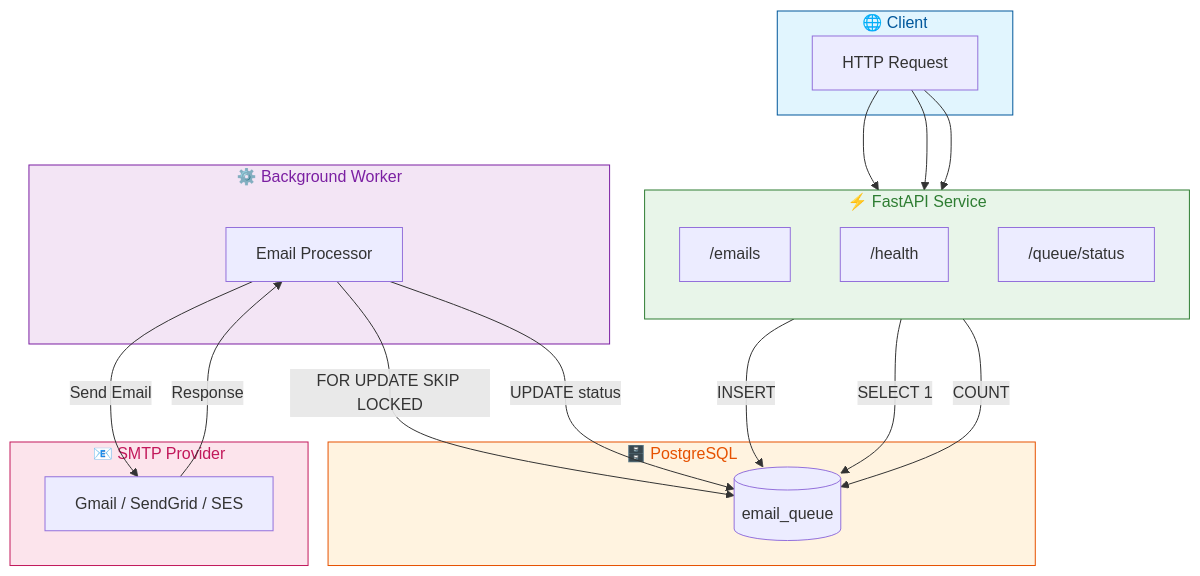
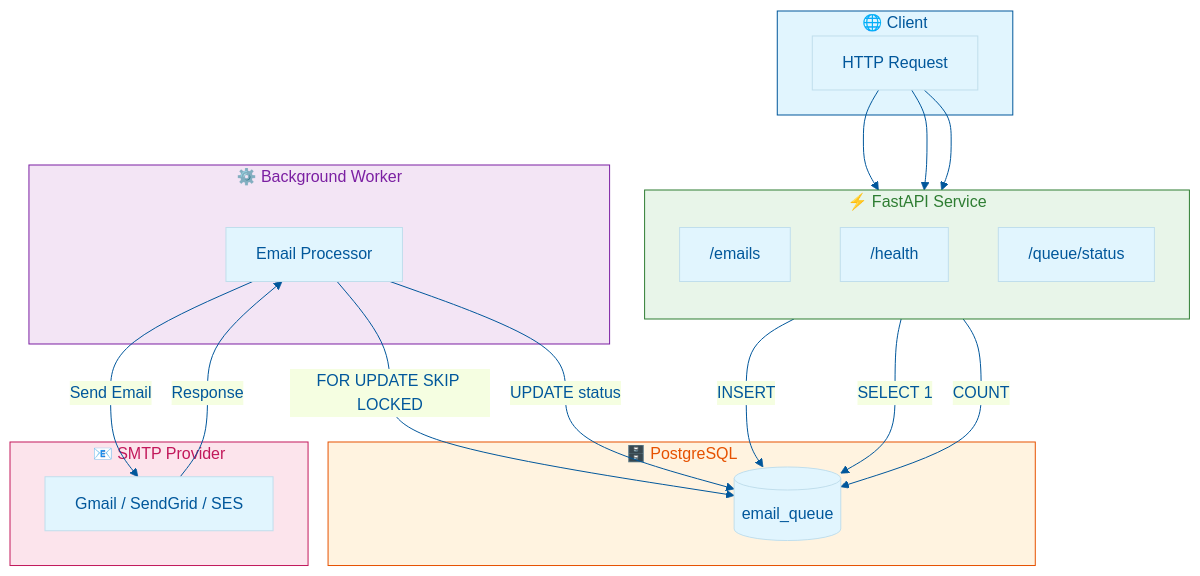
One commit to javierjortiz82/email-service changed the first of 7 diagrams in README.md. Above: the diagram before and after it, drawn with Mermaid. The commit also changed other lines of this file, not shown here.

First line of the commit message:
style: add white background to all Mermaid diagrams

````diff
--- a/README.md
+++ b/README.md
@@ -101,42 +101,43 @@
 ```mermaid
+%%{init: {'theme': 'base', 'themeVariables': { 'primaryColor': '#e1f5fe', 'background': '#ffffff', 'primaryTextColor': '#01579b', 'lineColor': '#01579b' }}}%%
 flowchart TB
     subgraph Client["🌐 Client"]
         C[HTTP Request]
     end
 
     subgraph API["⚡ FastAPI Service"]
         direction TB
         A["/emails"]
         B["/health"]
         D["/queue/status"]
     end
 
     subgraph Database["🗄️ PostgreSQL"]
         DB[(email_queue)]
     end
 
     subgraph Worker["⚙️ Background Worker"]
         W[Email Processor]
     end
 
     subgraph SMTP["📧 SMTP Provider"]
         S[Gmail / SendGrid / SES]
     end
 
     C --> A
     C --> B
     C --> D
     A -->|INSERT| DB
     B -->|SELECT 1| DB
     D -->|COUNT| DB
     W -->|FOR UPDATE SKIP LOCKED| DB
     W -->|Send Email| S
     S -->|Response| W
     W -->|UPDATE status| DB
 
     style Client fill:#e1f5fe,stroke:#01579b,color:#01579b
     style API fill:#e8f5e9,stroke:#2e7d32,color:#2e7d32
     style Database fill:#fff3e0,stroke:#e65100,color:#e65100
     style Worker fill:#f3e5f5,stroke:#7b1fa2,color:#7b1fa2
     style SMTP fill:#fce4ec,stroke:#c2185b,color:#c2185b
 ```
````
